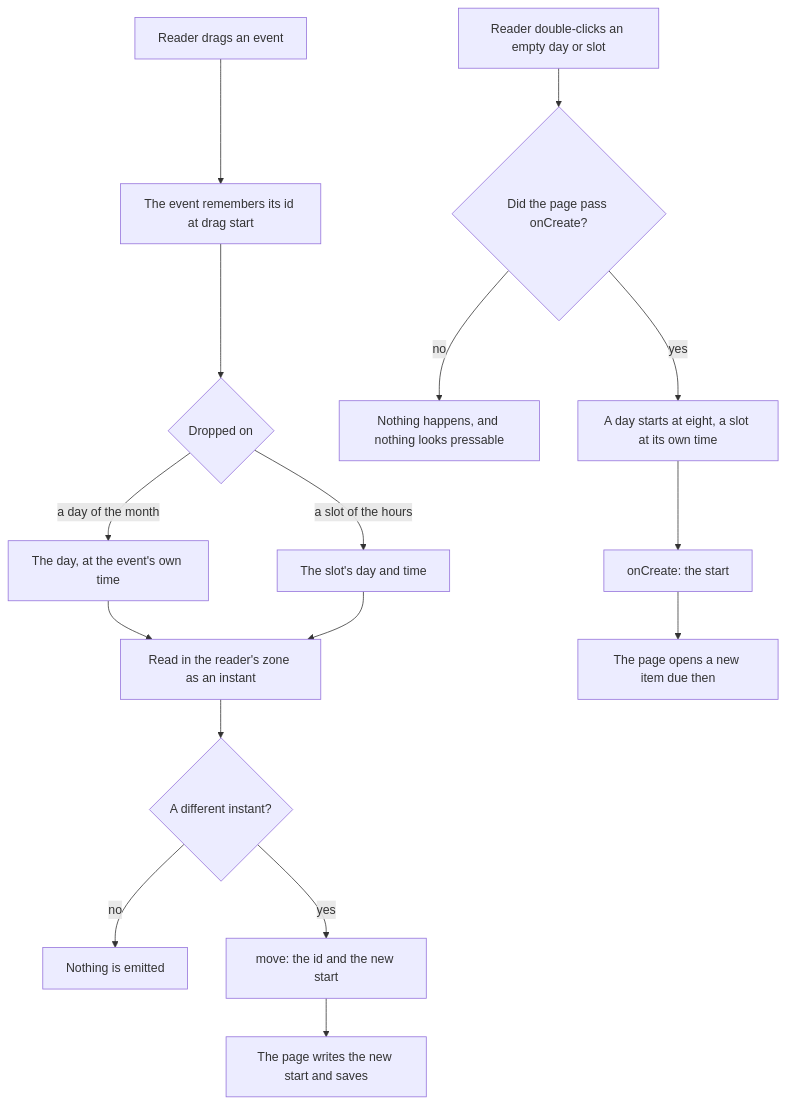
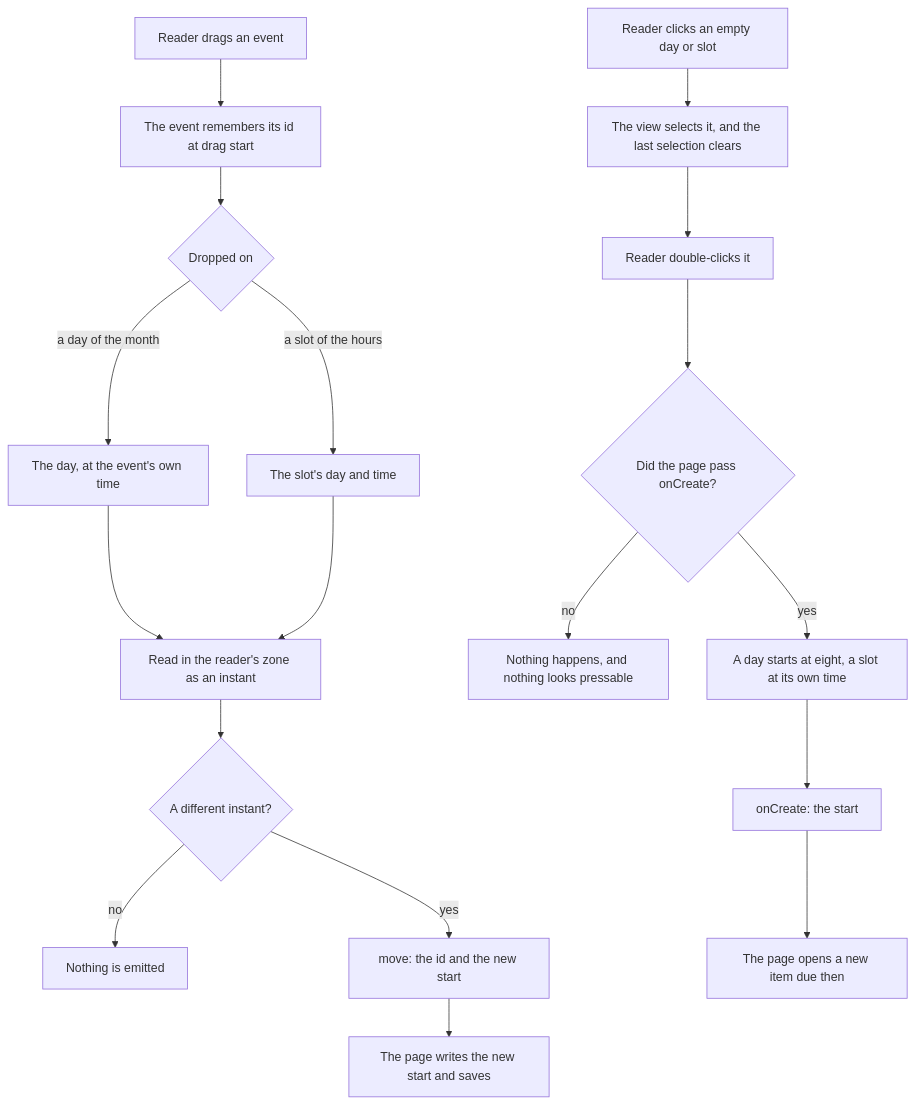
Before and after one commit to Esposter/Esposter: the diagram in apps/web/content/docs/architecture/calendar.md, drawn with Mermaid. The commit also changed other lines of this file and 8 other files, not shown here.

First line of the commit message:
feat(ui): the event calendar is a grid, with pinned day headings and a selected day or slot

````diff
--- a/apps/web/content/docs/architecture/calendar.md
+++ b/apps/web/content/docs/architecture/calendar.md
@@ -55,18 +68,20 @@
 ```mermaid
 flowchart TD
   D[Reader drags an event] --> S[The event remembers its id at drag start]
   S --> T{Dropped on}
   T -->|a day of the month| K[The day, at the event's own time]
   T -->|a slot of the hours| L[The slot's day and time]
   K --> Z[Read in the reader's zone as an instant]
   L --> Z
   Z --> C{A different instant?}
   C -->|no| N[Nothing is emitted]
   C -->|yes| M[move: the id and the new start]
   M --> P[The page writes the new start and saves]
-  B[Reader double-clicks an empty day or slot] --> G{Did the page pass onCreate?}
+  A[Reader clicks an empty day or slot] --> H[The view selects it, and the last selection clears]
+  H --> B[Reader double-clicks it]
+  B --> G{Did the page pass onCreate?}
   G -->|no| X[Nothing happens, and nothing looks pressable]
   G -->|yes| O[A day starts at eight, a slot at its own time]
   O --> Q[onCreate: the start]
   Q --> R[The page opens a new item due then]
 ```
````
